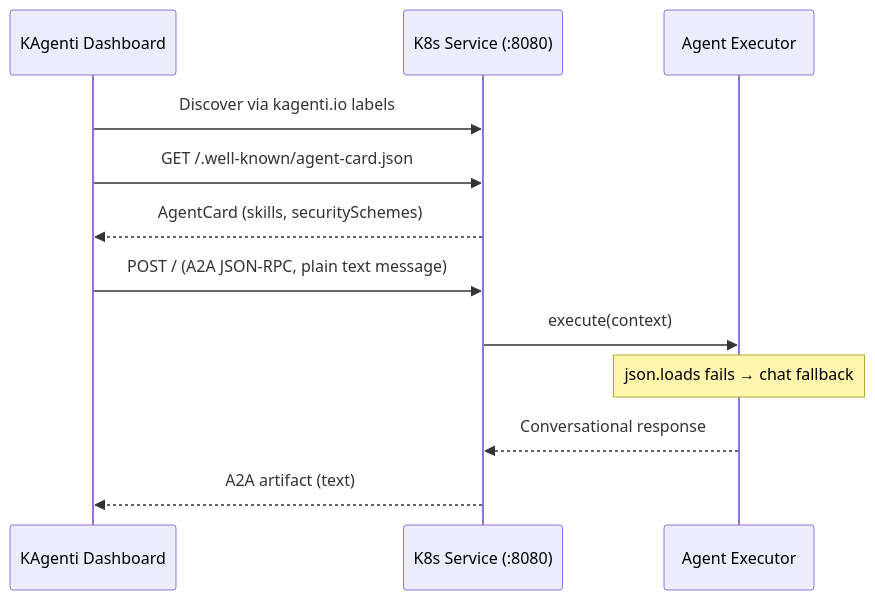
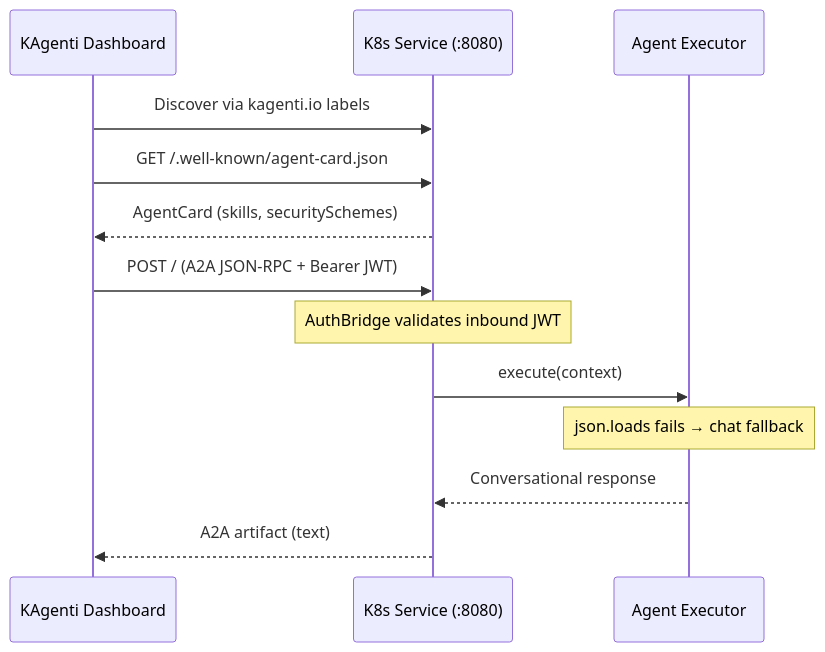
One commit to gymnatics/Marketing-Assistant-Demo changed diagram 22 of 22 in ARCHITECTURE.md. Above: the diagram before and after it, drawn with Mermaid. The commit also changed other lines of this file and 12 other files, not shown here.

First line of the commit message:
feat: add KAgenti auth docs, high-level architecture diagram, and OCP topology labels

````diff
--- a/ARCHITECTURE.md
+++ b/ARCHITECTURE.md
@@ -1066,16 +1247,17 @@
 ```mermaid
 sequenceDiagram
     participant K as KAgenti Dashboard
     participant Svc as K8s Service (:8080)
     participant Agent as Agent Executor
 
     K->>Svc: Discover via kagenti.io labels
     K->>Svc: GET /.well-known/agent-card.json
     Svc-->>K: AgentCard (skills, securitySchemes)
 
-    K->>Svc: POST / (A2A JSON-RPC, plain text message)
+    K->>Svc: POST / (A2A JSON-RPC + Bearer JWT)
+    Note over Svc: AuthBridge validates inbound JWT
     Svc->>Agent: execute(context)
     Note over Agent: json.loads fails → chat fallback
     Agent-->>Svc: Conversational response
     Svc-->>K: A2A artifact (text)
 ```
````
